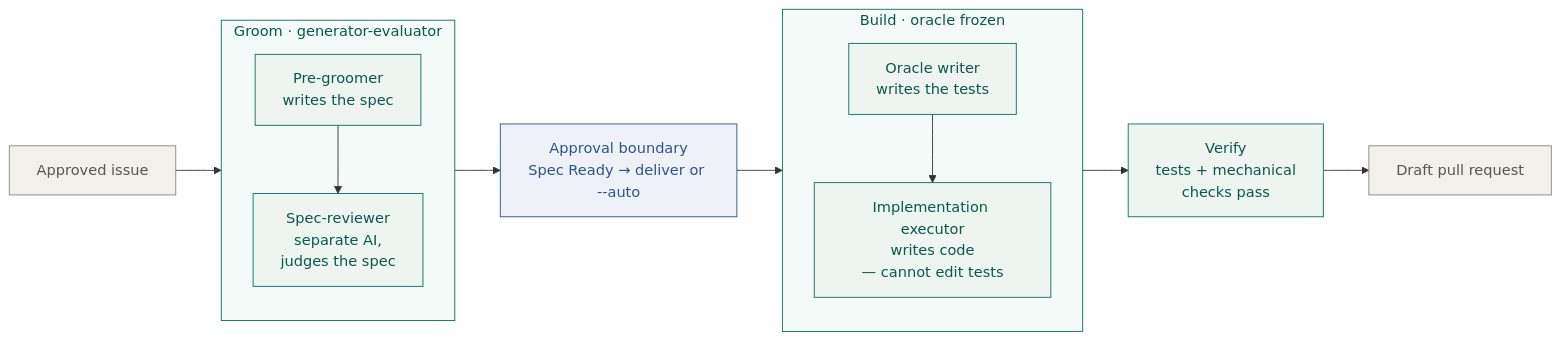
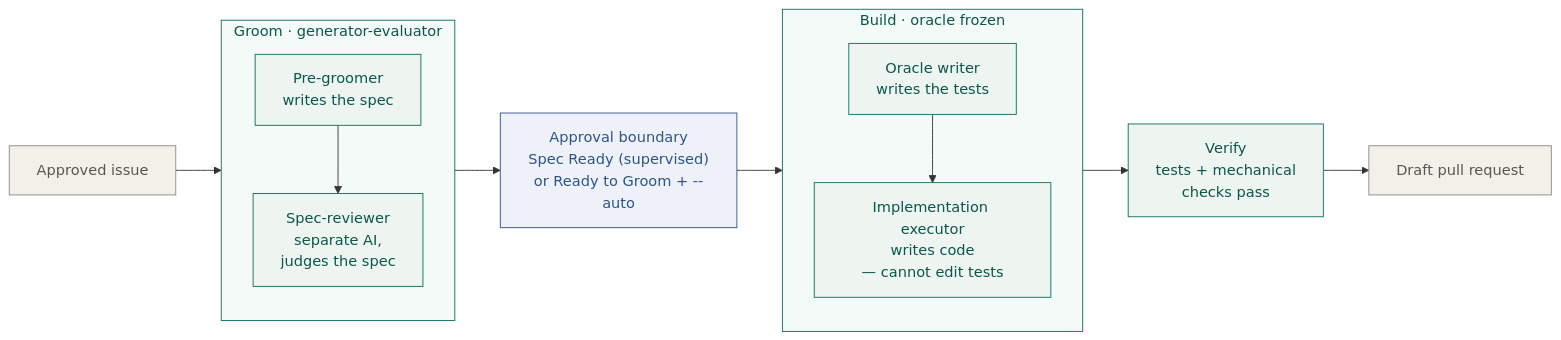
The first of 5 diagrams in docs/architecture/deliver-architecture.md (Calibrax-ai/autoship), drawn with Mermaid before and after one commit. The commit also changed other lines of this file and 13 other files, not shown here.

````diff
--- a/docs/architecture/deliver-architecture.md
+++ b/docs/architecture/deliver-architecture.md
@@ -53,40 +53,40 @@
 ```mermaid
 flowchart LR
     Issue["Approved issue"]
 
     subgraph GROOM ["Groom · generator-evaluator"]
       direction TB
       PG["Pre-groomer<br/>writes the spec"]
       BR["Spec-reviewer<br/>separate AI,<br/>judges the spec"]
       PG --> BR
     end
 
-    HA["Approval boundary<br/>Spec Ready → deliver or --auto"]
+    HA["Approval boundary<br/>Spec Ready (supervised)<br/>or Ready to Groom + --auto"]
 
     subgraph BUILD ["Build · oracle frozen"]
       direction TB
       S1["Oracle writer<br/>writes the tests"]
       S2["Implementation executor<br/>writes code<br/>— cannot edit tests"]
       S1 --> S2
     end
 
     V["Verify<br/>tests + mechanical<br/>checks pass"]
     PR["Draft pull request"]
 
     Issue --> GROOM
     GROOM --> HA
     HA --> BUILD
     BUILD --> V
     V --> PR
 
     classDef live fill:#eef5f1,stroke:#0d6e61,color:#0a574d
     classDef human fill:#eef2f8,stroke:#2c5488,color:#2c5488
     classDef ext fill:#f2f0e9,stroke:#8a8983,color:#575652
 
     class PG,BR,S1,S2,V live
     class HA human
     class Issue,PR ext
 
     style GROOM fill:#f4faf7,stroke:#0d6e61,stroke-width:1px,color:#0a574d
     style BUILD fill:#f4faf7,stroke:#0d6e61,stroke-width:1px,color:#0a574d
 ```
````
